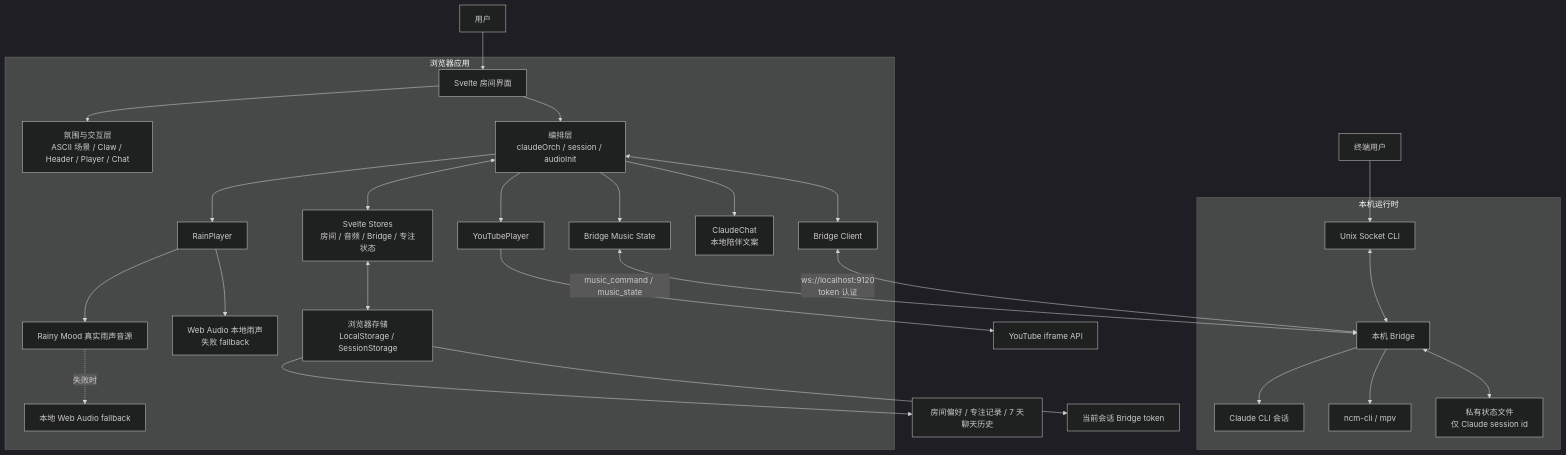
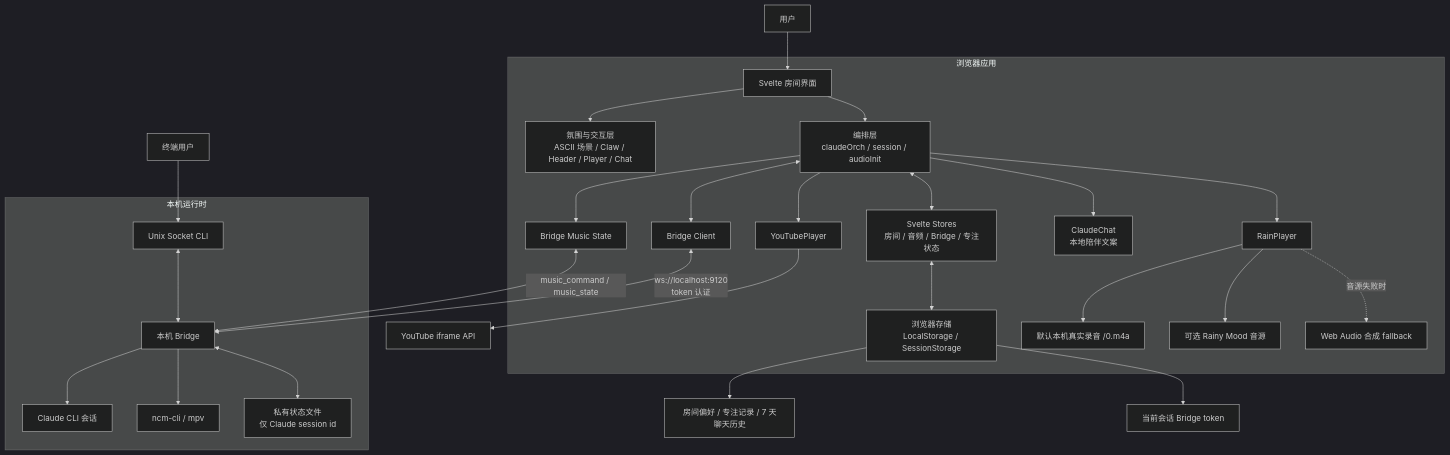
One commit to Eliotcute/loficlaude changed the diagram in docs/ARCHITECTURE.md. Above: the diagram before and after it, drawn with Mermaid (dark theme). The commit also changed other lines of this file and 35 other files, not shown here.

````diff
--- a/docs/ARCHITECTURE.md
+++ b/docs/ARCHITECTURE.md
@@ -3,36 +3,36 @@
 ```mermaid
 flowchart TB
     User["用户"] --> Room["Svelte 房间界面"]
     Terminal["终端用户"] --> Socket["Unix Socket CLI"]
 
     subgraph Browser["浏览器应用"]
         Room --> View["氛围与交互层<br/>ASCII 场景 / Claw / Header / Player / Chat"]
         Room --> Orch["编排层<br/>claudeOrch / session / audioInit"]
         Orch <--> Stores["Svelte Stores<br/>房间 / 音频 / Bridge / 专注状态"]
         Stores <--> Persist["浏览器存储<br/>LocalStorage / SessionStorage"]
 
         Orch --> Music["YouTubePlayer"]
         Orch --> LocalMusic["Bridge Music State"]
         Orch --> Rain["RainPlayer"]
-        Rain --> LocalRain["Web Audio 本地雨声<br/>失败 fallback"]
-        Rain --> RemoteRain["Rainy Mood 真实雨声音源"]
-        RemoteRain -. "失败时" .-> Fallback["本地 Web Audio fallback"]
+        Rain --> LocalRain["默认本机真实录音 /0.m4a"]
+        Rain --> RemoteRain["可选 Rainy Mood 音源"]
+        Rain -. "音源失败时" .-> Fallback["Web Audio 合成 fallback"]
 
         Orch --> Companion["ClaudeChat<br/>本地陪伴文案"]
         Orch <--> Client["Bridge Client"]
     end
 
     Music --> YouTube["YouTube iframe API"]
     LocalMusic <-->|"music_command / music_state"| Bridge
     Client <-->|"ws://localhost:9120<br/>token 认证"| Bridge["本机 Bridge"]
 
     subgraph LocalRuntime["本机运行时"]
         Bridge --> ClaudeSession["Claude CLI 会话"]
         Bridge --> Netease["ncm-cli / mpv"]
         Bridge <--> SessionState["私有状态文件<br/>仅 Claude session id"]
         Socket <--> Bridge
     end
 
     Persist --> LocalData["房间偏好 / 专注记录 / 7 天聊天历史"]
     Persist --> SessionToken["当前会话 Bridge token"]
 ```
````
